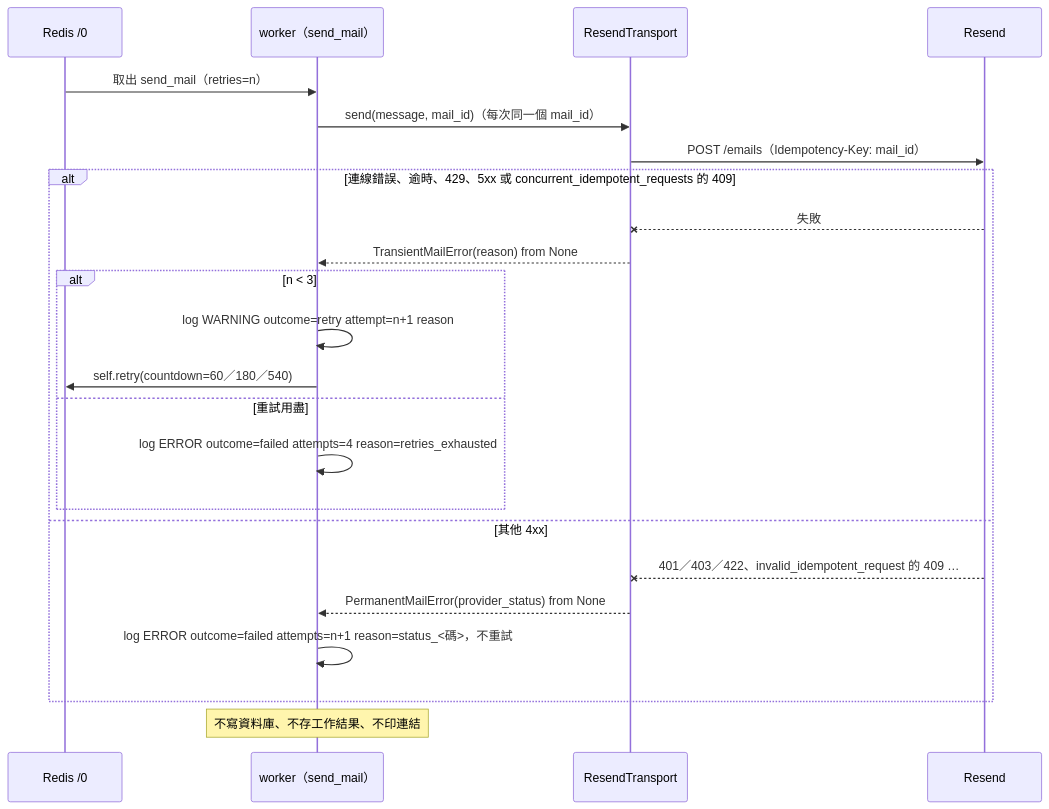
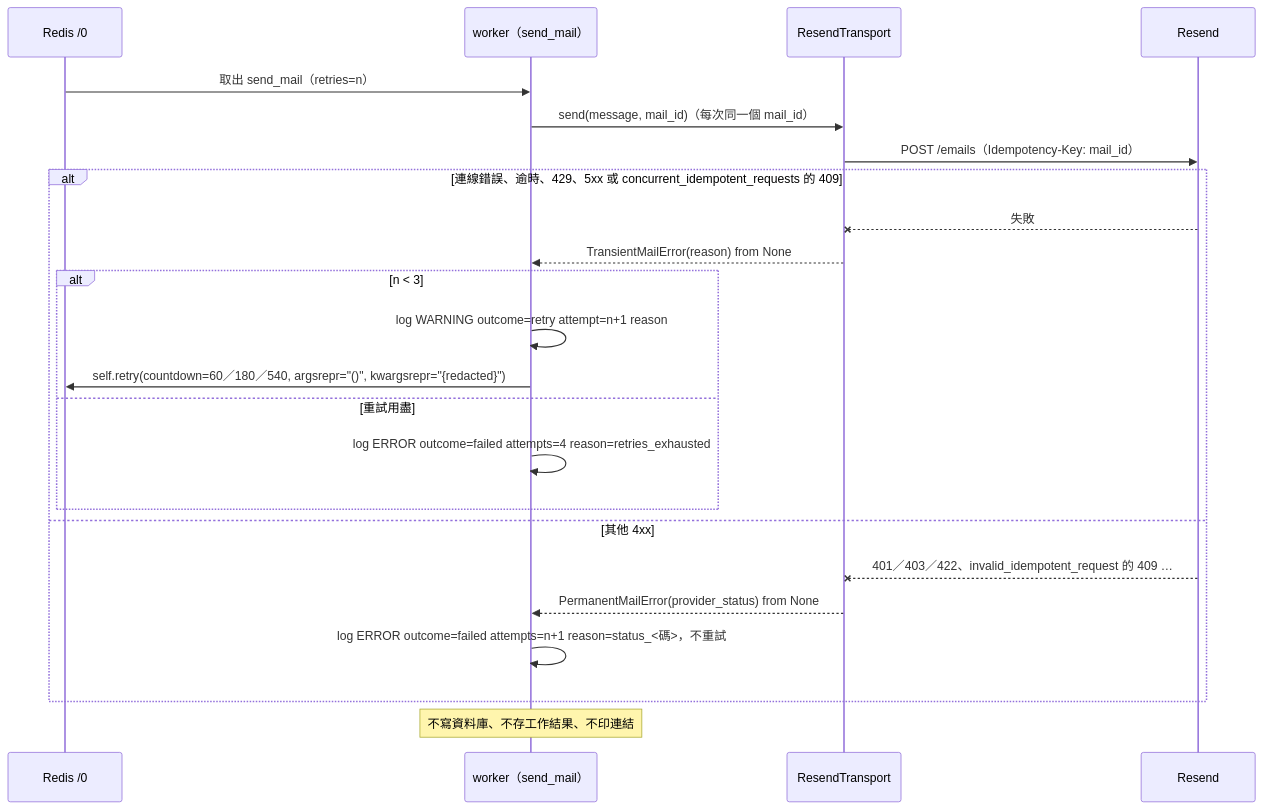
One commit to label-suite/label-suite changed diagram 11 of 12 in docs/diagrams/architecture/backend-modules.mdx. Above: the diagram before and after it, drawn with Mermaid. The commit also changed other lines of this file and 5 other files, not shown here.

````diff
--- a/docs/diagrams/architecture/backend-modules.mdx
+++ b/docs/diagrams/architecture/backend-modules.mdx
@@ -1047,25 +1047,25 @@
 ```mermaid
 sequenceDiagram
   participant BR as Redis /0
   participant WK as worker（send_mail）
   participant TR as ResendTransport
   participant RS as Resend
   BR->>WK: 取出 send_mail（retries=n）
   WK->>TR: send(message, mail_id)（每次同一個 mail_id）
   TR->>RS: POST /emails（Idempotency-Key: mail_id）
   alt 連線錯誤、逾時、429、5xx 或 concurrent_idempotent_requests 的 409
     RS--xTR: 失敗
     TR-->>WK: TransientMailError(reason) from None
     alt n < 3
       WK->>WK: log WARNING outcome=retry attempt=n+1 reason
-      WK->>BR: self.retry(countdown=60／180／540)
+      WK->>BR: self.retry(countdown=60／180／540, argsrepr="()", kwargsrepr="{redacted}")
     else 重試用盡
       WK->>WK: log ERROR outcome=failed attempts=4 reason=retries_exhausted
     end
   else 其他 4xx
     RS--xTR: 401／403／422、invalid_idempotent_request 的 409 …
     TR-->>WK: PermanentMailError(provider_status) from None
     WK->>WK: log ERROR outcome=failed attempts=n+1 reason=status_<碼>，不重試
   end
   Note over WK: 不寫資料庫、不存工作結果、不印連結
 ```
````
